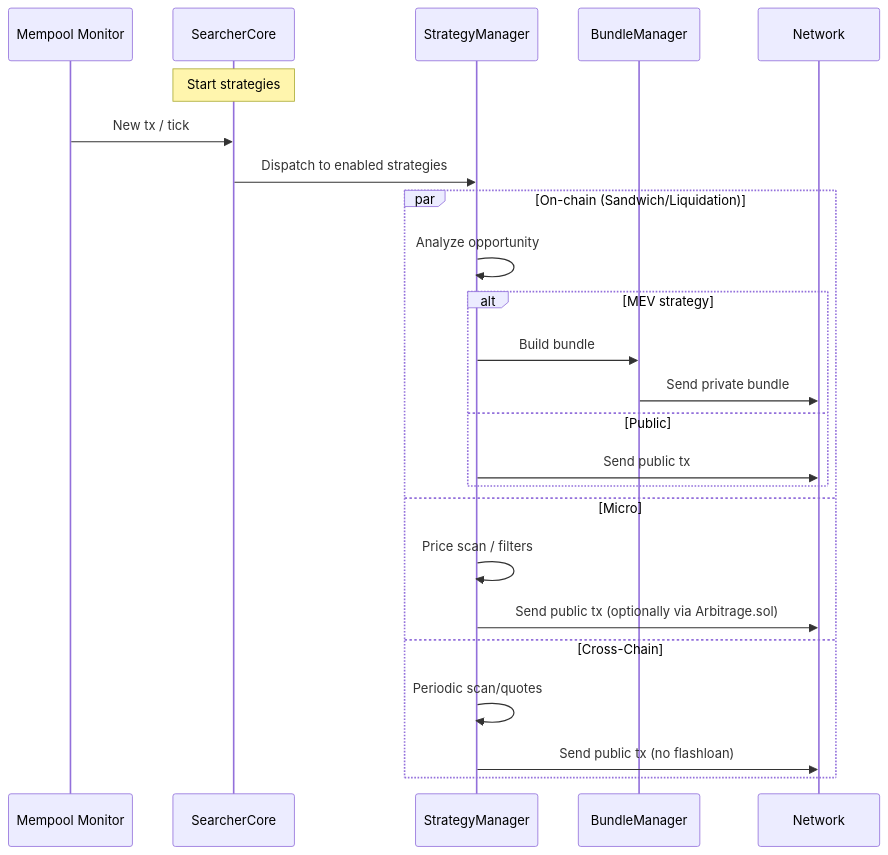
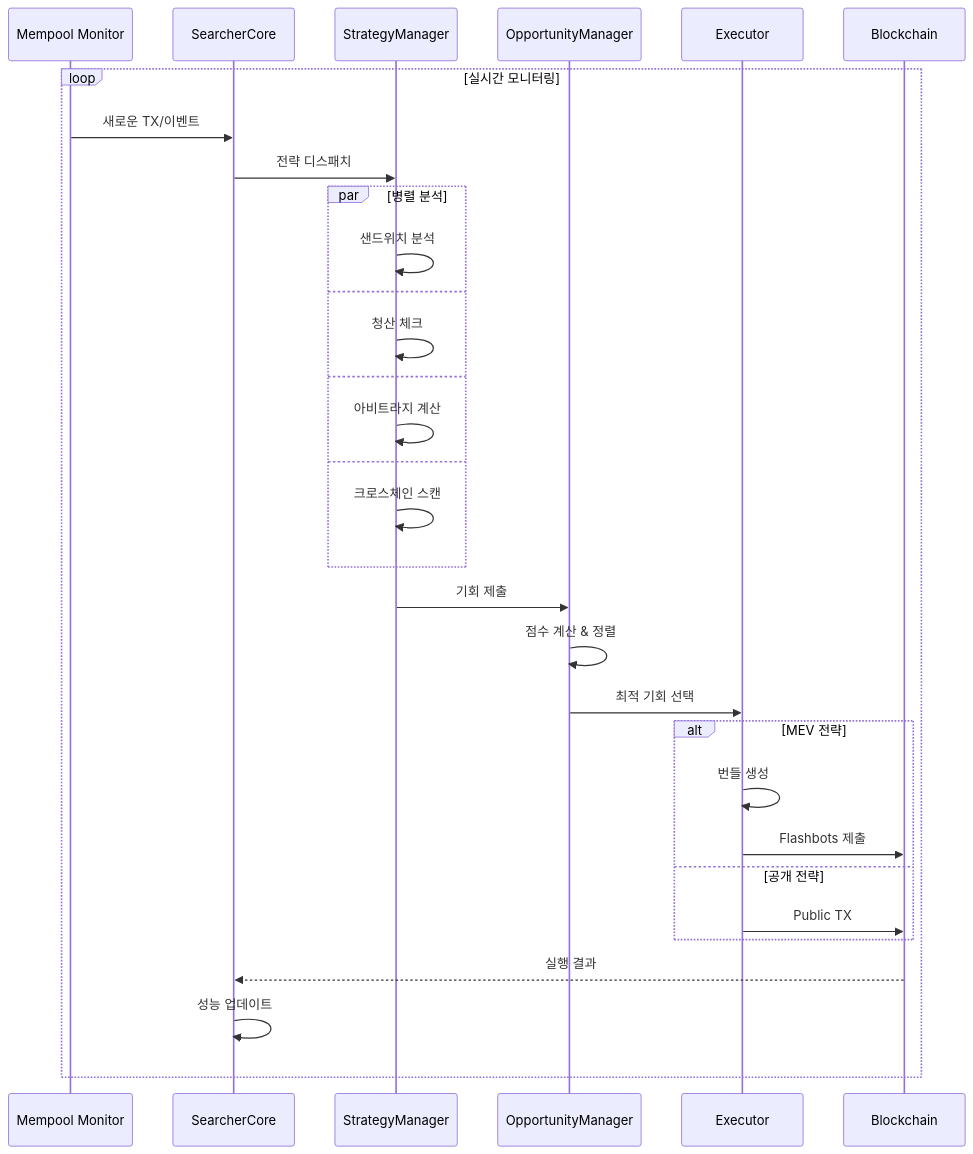
Before and after one commit to blockbit-hama/xCrack: the seventh of 8 diagrams in docs/architecture.md, drawn with Mermaid. The commit also changed other lines of this file, not shown here.

````diff
--- a/docs/architecture.md
+++ b/docs/architecture.md
@@ -59,27 +341,38 @@
 ```mermaid
 sequenceDiagram
-  participant MM as Mempool Monitor
-  participant SC as SearcherCore
-  participant SM as StrategyManager
-  participant BM as BundleManager
-  participant NW as Network
+    participant MM as Mempool Monitor
+    participant SC as SearcherCore
+    participant SM as StrategyManager
+    participant OM as OpportunityManager
+    participant EX as Executor
+    participant BC as Blockchain
 
-  Note over SC: Start strategies
-  MM->>SC: New tx / tick
-  SC->>SM: Dispatch to enabled strategies
-  par On-chain (Sandwich/Liquidation)
-    SM->>SM: Analyze opportunity
-    alt MEV strategy
-      SM->>BM: Build bundle
-      BM->>NW: Send private bundle
-    else Public
-      SM->>NW: Send public tx
+    loop 실시간 모니터링
+        MM->>SC: 새로운 TX/이벤트
+        SC->>SM: 전략 디스패치
+        
+        par 병렬 분석
+            SM->>SM: 샌드위치 분석
+        and
+            SM->>SM: 청산 체크
+        and
+            SM->>SM: 아비트라지 계산
+        and
+            SM->>SM: 크로스체인 스캔
+        end
+        
+        SM->>OM: 기회 제출
+        OM->>OM: 점수 계산 & 정렬
+        OM->>EX: 최적 기회 선택
+        
+        alt MEV 전략
+            EX->>EX: 번들 생성
+            EX->>BC: Flashbots 제출
+        else 공개 전략
+            EX->>BC: Public TX
+        end
+        
+        BC-->>SC: 실행 결과
+        SC->>SC: 성능 업데이트
     end
-  and Micro
-    SM->>SM: Price scan / filters
-    SM->>NW: Send public tx (optionally via Arbitrage.sol)
-  and Cross-Chain
-    SM->>SM: Periodic scan/quotes
-    SM->>NW: Send public tx (no flashloan)
-  end
 ```
````
